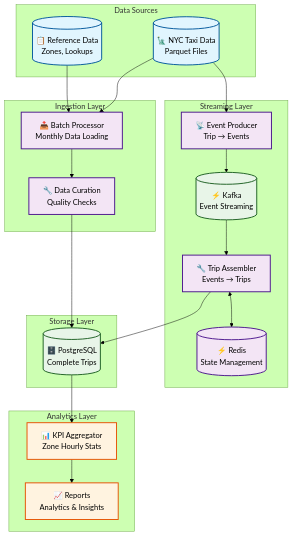
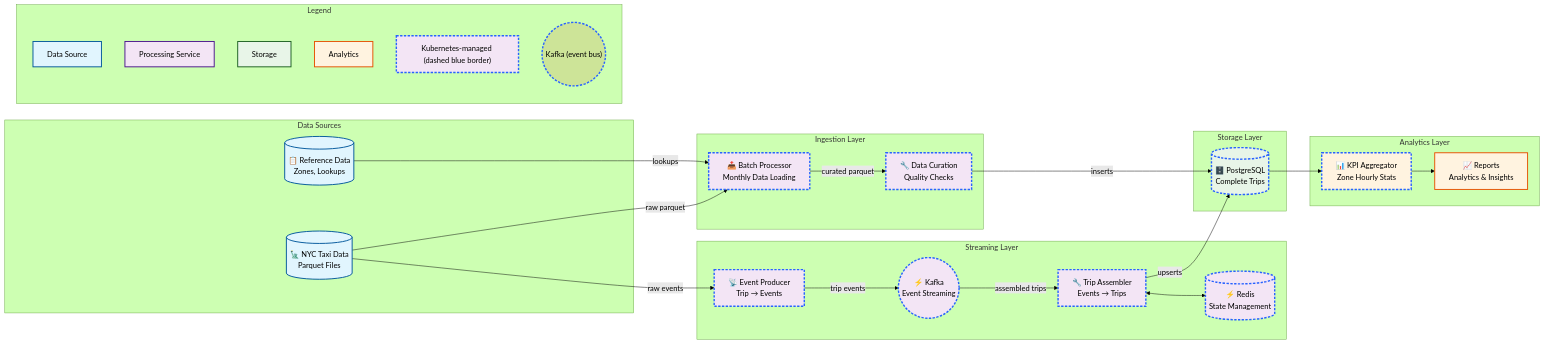
The diagram in docs/architecture/system-overview.md (dilettacal/pipeline-and-chill), drawn with Mermaid (forest theme) before and after one commit. The commit also changed other lines of this file and 41 other files, not shown here.

````diff
--- a/docs/architecture/system-overview.md
+++ b/docs/architecture/system-overview.md
@@ -9,5 +10,5 @@
 ```mermaid
-graph TB
+graph LR
     %% Data Sources
     subgraph "Data Sources"
         NYC[("🗽 NYC Taxi Data<br/>Parquet Files")]
@@ -23,7 +24,7 @@
     %% Streaming Layer
     subgraph "Streaming Layer"
         PRODUCER["📡 Event Producer<br/>Trip → Events"]
-        KAFKA[("⚡ Kafka<br/>Event Streaming")]
+        KAFKA(("⚡ Kafka<br/>Event Streaming"))
         ASSEMBLER["🔧 Trip Assembler<br/>Events → Trips"]
         REDIS[("⚡ Redis<br/>State Management")]
     end
@@ -46,18 +47,18 @@
     %%     TERRAFORM["🏗️ Terraform<br/>Infrastructure as Code"]
     %% end
 
-    %% Data Flow
-    NYC --> BATCH
-    REF --> BATCH
-    BATCH --> CURATE
-    CURATE --> POSTGRES
+    %% Data Flow (Batch)
+    NYC -- raw parquet --> BATCH
+    REF -- lookups --> BATCH
+    BATCH -- curated parquet --> CURATE
+    CURATE -- inserts --> POSTGRES
 
-    %% Streaming Path
-    NYC --> PRODUCER
-    PRODUCER --> KAFKA
-    KAFKA --> ASSEMBLER
+    %% Streaming Path (Events)
+    NYC -- raw events --> PRODUCER
+    PRODUCER -- trip events --> KAFKA
+    KAFKA -- assembled trips --> ASSEMBLER
     ASSEMBLER <--> REDIS
-    ASSEMBLER --> POSTGRES
+    ASSEMBLER -- upserts --> POSTGRES
 
     %% Analytics Path
     POSTGRES --> AGGREGATOR
@@ -75,11 +76,29 @@
     classDef processing fill:#f3e5f5,stroke:#4a148c,stroke-width:2px,color:#000
     classDef storage fill:#e8f5e8,stroke:#1b5e20,stroke-width:2px,color:#000
     classDef analytics fill:#fff3e0,stroke:#e65100,stroke-width:2px,color:#000
+    classDef k8s stroke:#2962ff,stroke-width:3px,stroke-dasharray: 5 3
     %% classDef infrastructure fill:#fce4ec,stroke:#880e4f,stroke-width:2px,color:#000
 
     class NYC,REF dataSource
     class BATCH,CURATE,PRODUCER,ASSEMBLER,REDIS processing
-    class POSTGRES,KAFKA storage
+    class POSTGRES storage
+    class KAFKA processing
     class AGGREGATOR,REPORTS analytics
+
+    %% Kubernetes (containerized workloads)
+    class BATCH,CURATE,PRODUCER,ASSEMBLER,AGGREGATOR k8s
+    class KAFKA,POSTGRES,REDIS k8s
+
+    %% Legend
+    subgraph "Legend"
+        L_DS["Data Source"]:::dataSource
+        L_PROC["Processing Service"]:::processing
+        L_STORE["Storage"]:::storage
+        L_ANALYTICS["Analytics"]:::analytics
+        L_K8S["Kubernetes-managed (dashed blue border)"]:::processing
+        L_KAFKA(("Kafka (event bus)"))
+    end
+    class L_K8S k8s
+    class L_KAFKA k8s
     %% class DOCKER,CI,TERRAFORM infrastructure
 ```
````
